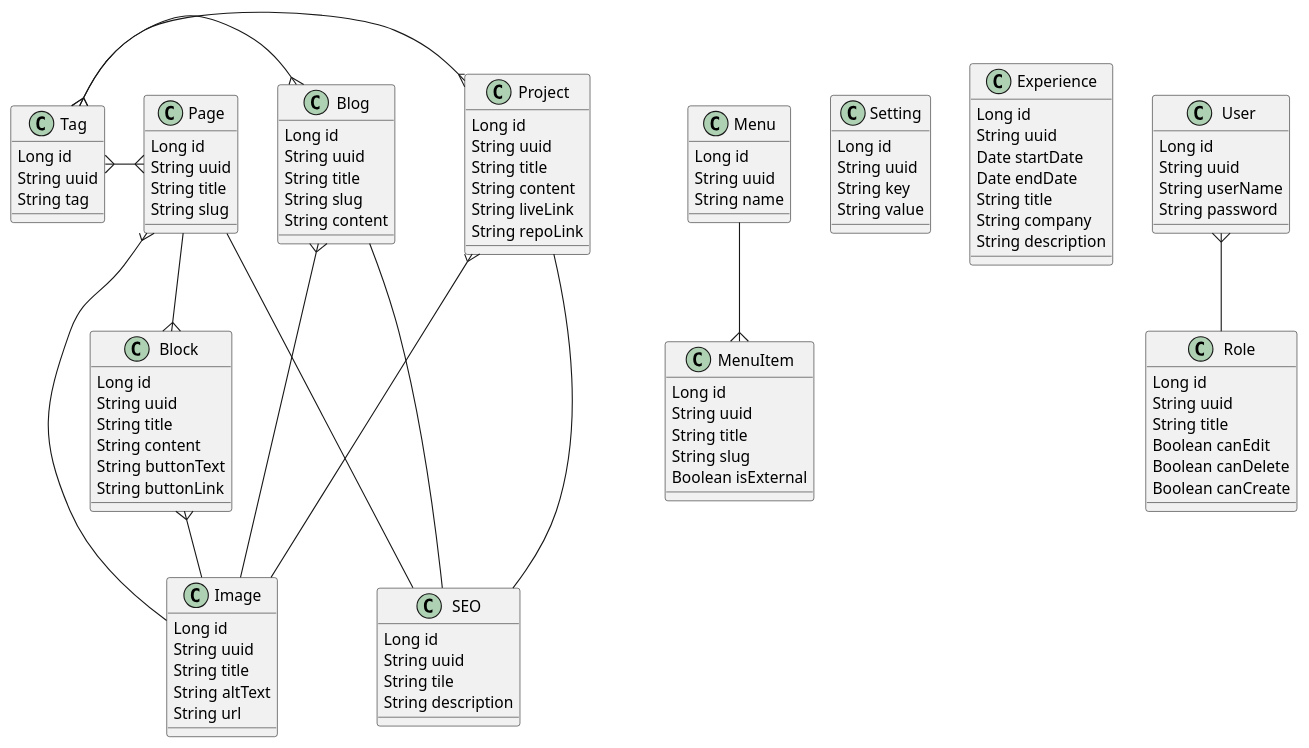
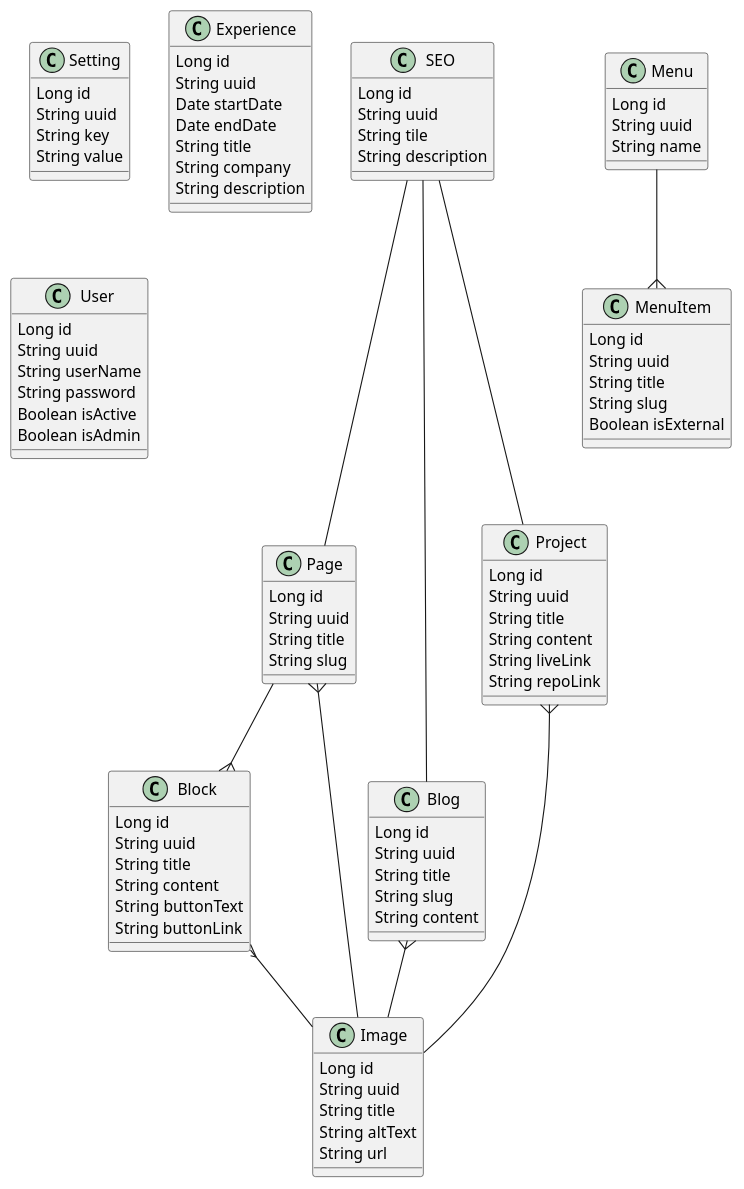
The diagram in models.puml (Barbierst/trgt-cms-api), drawn with PlantUML before and after one commit.

Commit message:
Cleanup models overview

```diff
--- a/models.puml
+++ b/models.puml
@@ -1,122 +1,104 @@
 @startuml
 class Page {
     Long id
     String uuid
     String title
     String slug
-}
-
-class Menu {
-    Long id
-    String uuid
-    String name
-}
-
-class MenuItem {
-    Long id
-    String uuid
-    String title
-    String slug
-    Boolean isExternal
 }
 
 class Block {
     Long id
     String uuid
     String title
     String content
     String buttonText
     String buttonLink
 }
 
 class Setting {
     Long id
     String uuid
     String key
     String value
 }
 
 class SEO {
     Long id
     String uuid
     String tile
     String description
 }
 
 class Blog {
     Long id
     String uuid
     String title
     String slug
     String content
 }
 
 class Project {
     Long id
     String uuid
     String title
     String content
     String liveLink
     String repoLink
 }
 
-class Tag {
-    Long id
-    String uuid
-    String tag
-}
-
 class Experience {
     Long id
     String uuid
     Date startDate
     Date endDate
     String title
     String company
     String description
 }
 
 class Image {
     Long id
     String uuid
     String title
     String altText
     String url
 }
 
 class User {
     Long id
     String uuid
     String userName
     String password
+    Boolean isActive
+    Boolean isAdmin
 }
 
-class Role {
+class Menu {
+    Long id
+    String uuid
+    String name
+}
+
+class MenuItem {
     Long id
     String uuid
     String title
-    Boolean canEdit
-    Boolean canDelete
-    Boolean canCreate
+    String slug
+    Boolean isExternal
 }
+
+Page --{ Block
+
+SEO --- Page
+SEO --- Blog
+SEO --- Project
 
 Menu --{ MenuItem
 
-Page --{ Block
-Page --- SEO
-
-Blog --- SEO
-Project --- SEO
-
-Tag }-{ Project
-Tag }-{ Blog
-Tag }-{ Page
 
 Project }-- Image
 Blog }-- Image
 Page }-- Image
 
 Block }-- Image
-
-User }-- Role
 @enduml
```
